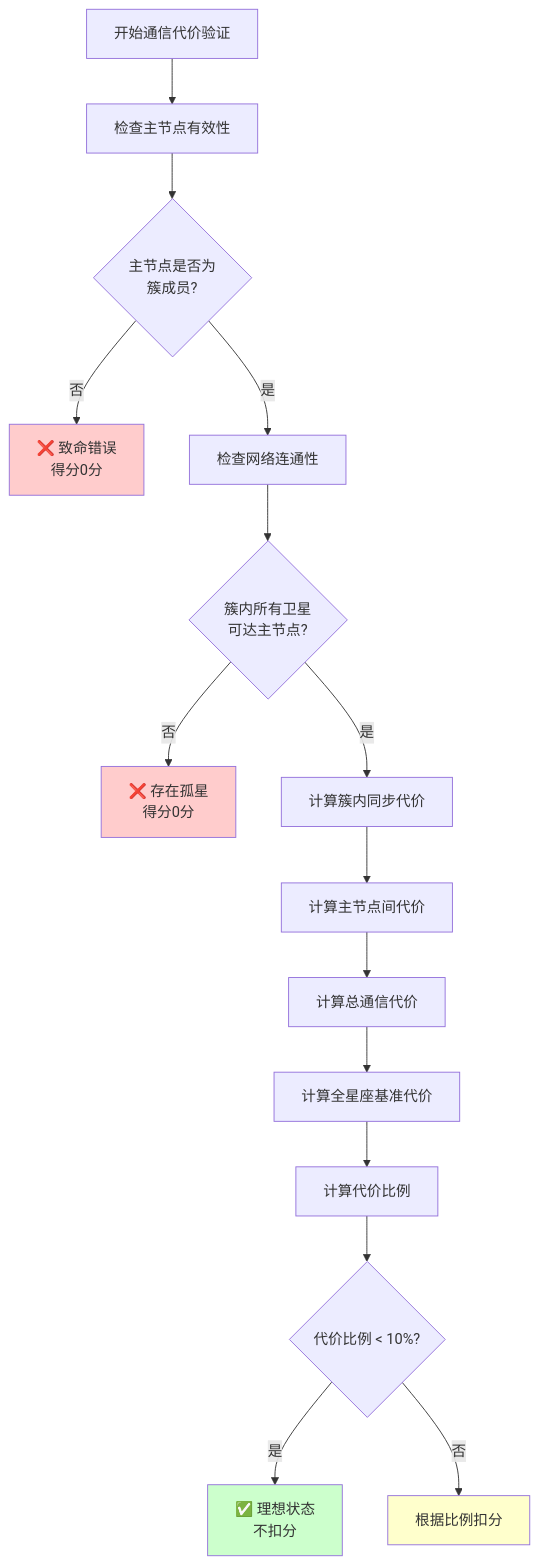
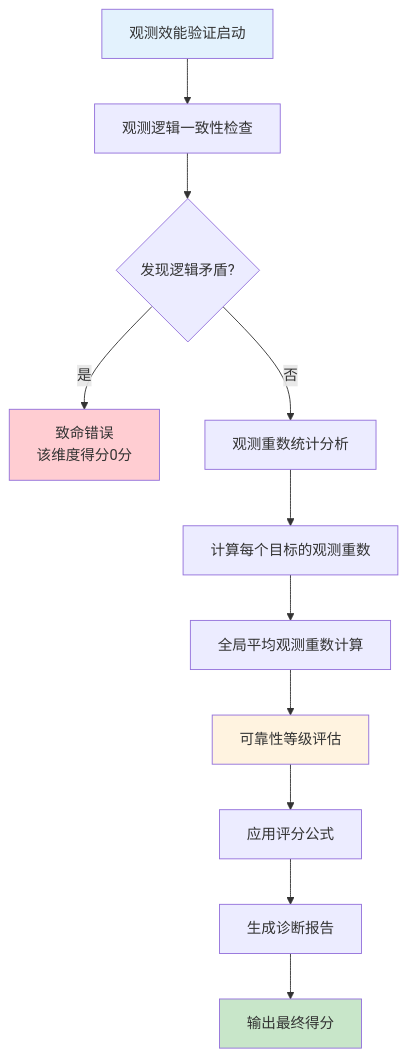
One commit to sneiiler/stk_gen changed diagram 19 of 30 in distill/VALIDATION_REPORT.md. Above: the diagram before and after it, drawn with Mermaid. The commit also changed other lines of this file, not shown here.

````diff
--- a/distill/VALIDATION_REPORT.md
+++ b/distill/VALIDATION_REPORT.md
@@ -540,25 +781,19 @@
 ```mermaid
 flowchart TD
-    A[开始通信代价验证] --> B[检查主节点有效性]
-    B --> C{主节点是否为<br/>簇成员?}
-    C -->|否| D[❌ 致命错误<br/>得分0分]
-    C -->|是| E[检查网络连通性]
+    A[观测效能验证启动] --> B[观测逻辑一致性检查]
+    B --> C{发现逻辑矛盾?}
+    C -->|是| D[致命错误<br/>该维度得分0分]
+    C -->|否| E[观测重数统计分析]
     
-    E --> F{簇内所有卫星<br/>可达主节点?}
-    F -->|否| G[❌ 存在孤星<br/>得分0分]
-    F -->|是| H[计算簇内同步代价]
+    E --> F[计算每个目标的观测重数]
+    F --> G[全局平均观测重数计算]
+    G --> H[可靠性等级评估]
+    H --> I[应用评分公式]
+    I --> J[生成诊断报告]
+    J --> K[输出最终得分]
     
-    H --> I[计算主节点间代价]
-    I --> J[计算总通信代价]
-    J --> K[计算全星座基准代价]
-    K --> L[计算代价比例]
-    
-    L --> M{代价比例 < 10%?}
-    M -->|是| N[✅ 理想状态<br/>不扣分]
-    M -->|否| O[根据比例扣分]
-    
-    style D fill:#ffcccc
-    style G fill:#ffcccc
-    style N fill:#ccffcc
-    style O fill:#ffffcc
+    style D fill:#ffcdd2
+    style K fill:#c8e6c9
+    style A fill:#e3f2fd
+    style H fill:#fff3e0
 ```
````
